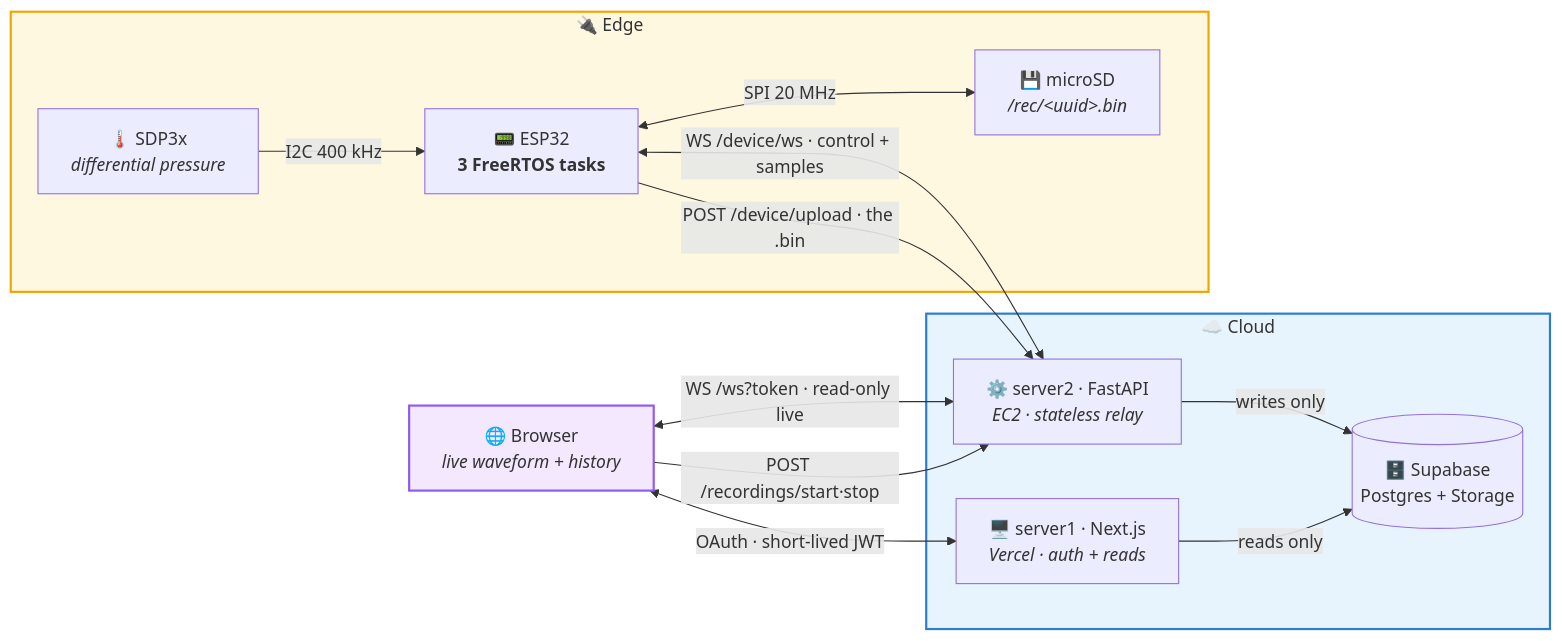
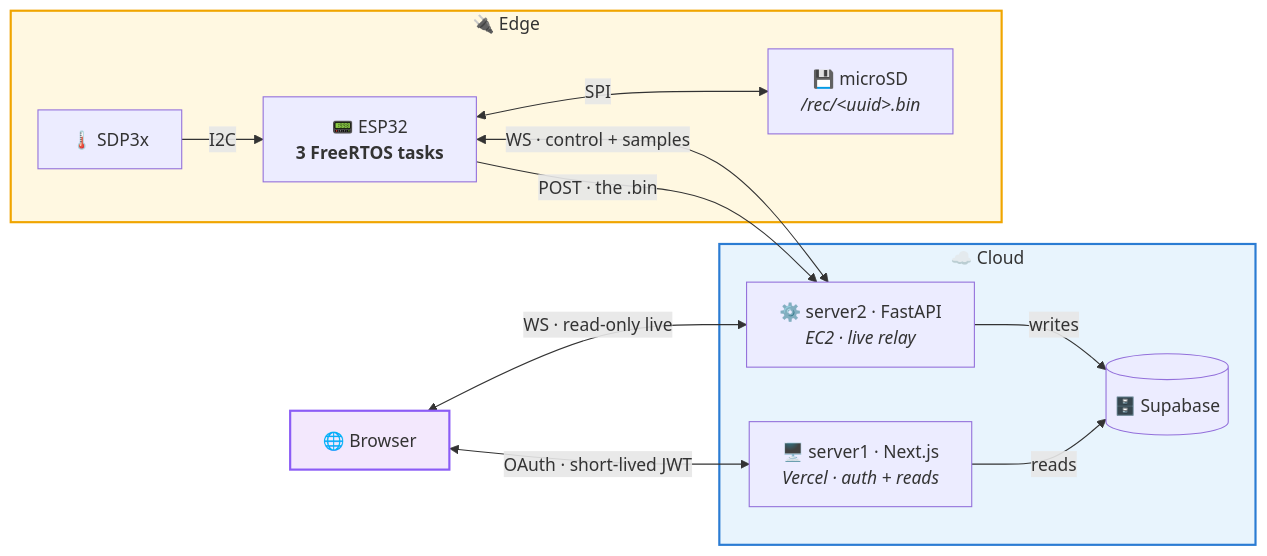
The diagram in README.md (sesilu1234/WatchAir), drawn with Mermaid before and after one commit. The commit also changed other lines of this file and 2 other files, not shown here.

````diff
--- a/README.md
+++ b/README.md
@@ -68,30 +43,26 @@
 ```mermaid
 graph LR
     subgraph EDGE["🔌 Edge"]
-        S["🌡️ SDP3x<br/><i>differential pressure</i>"]
-        E["📟 ESP32<br/><b>3 FreeRTOS tasks</b>"]
-        SD["💾 microSD<br/><i>/rec/&lt;uuid&gt;.bin</i>"]
-        S -->|I2C 400 kHz| E
-        E <-->|SPI 20 MHz| SD
+        S["🌡️ SDP3x"] -->|I2C| E["📟 ESP32<br/><b>3 FreeRTOS tasks</b>"]
+        E <-->|SPI| SD["💾 microSD<br/><i>/rec/&lt;uuid&gt;.bin</i>"]
     end
 
     subgraph CLOUD["☁️ Cloud"]
-        S2["⚙️ server2 · FastAPI<br/><i>EC2 · stateless relay</i>"]
+        S2["⚙️ server2 · FastAPI<br/><i>EC2 · live relay</i>"]
         S1["🖥️ server1 · Next.js<br/><i>Vercel · auth + reads</i>"]
-        DB[("🗄️ Supabase<br/>Postgres + Storage")]
-        S2 -->|writes only| DB
-        S1 -->|reads only| DB
+        DB[("🗄️ Supabase")]
+        S2 -->|writes| DB
+        S1 -->|reads| DB
     end
 
-    B["🌐 Browser<br/><i>live waveform + history</i>"]
+    B["🌐 Browser"]
 
-    E <-->|"WS /device/ws · control + samples"| S2
-    E -->|"POST /device/upload · the .bin"| S2
-    B <-->|"WS /ws?token · read-only live"| S2
-    B -->|"POST /recordings/start·stop"| S2
+    E <-->|"WS · control + samples"| S2
+    E -->|"POST · the .bin"| S2
+    B <-->|"WS · read-only live"| S2
     B <-->|"OAuth · short-lived JWT"| S1
 
     style EDGE fill:#fff8e1,stroke:#f0a500,stroke-width:2px
     style CLOUD fill:#e8f4fd,stroke:#2b7cd3,stroke-width:2px
     style B fill:#f3e8fd,stroke:#8b5cf6,stroke-width:2px
 ```
````
